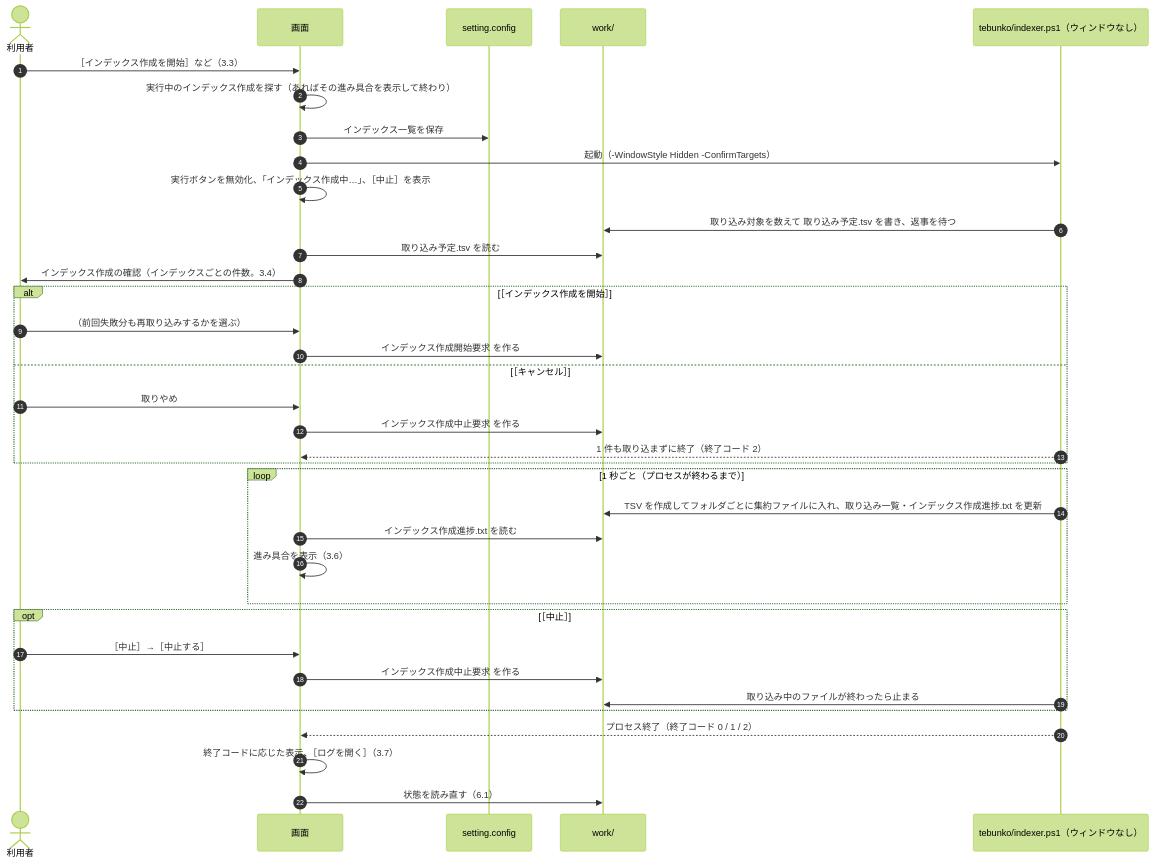
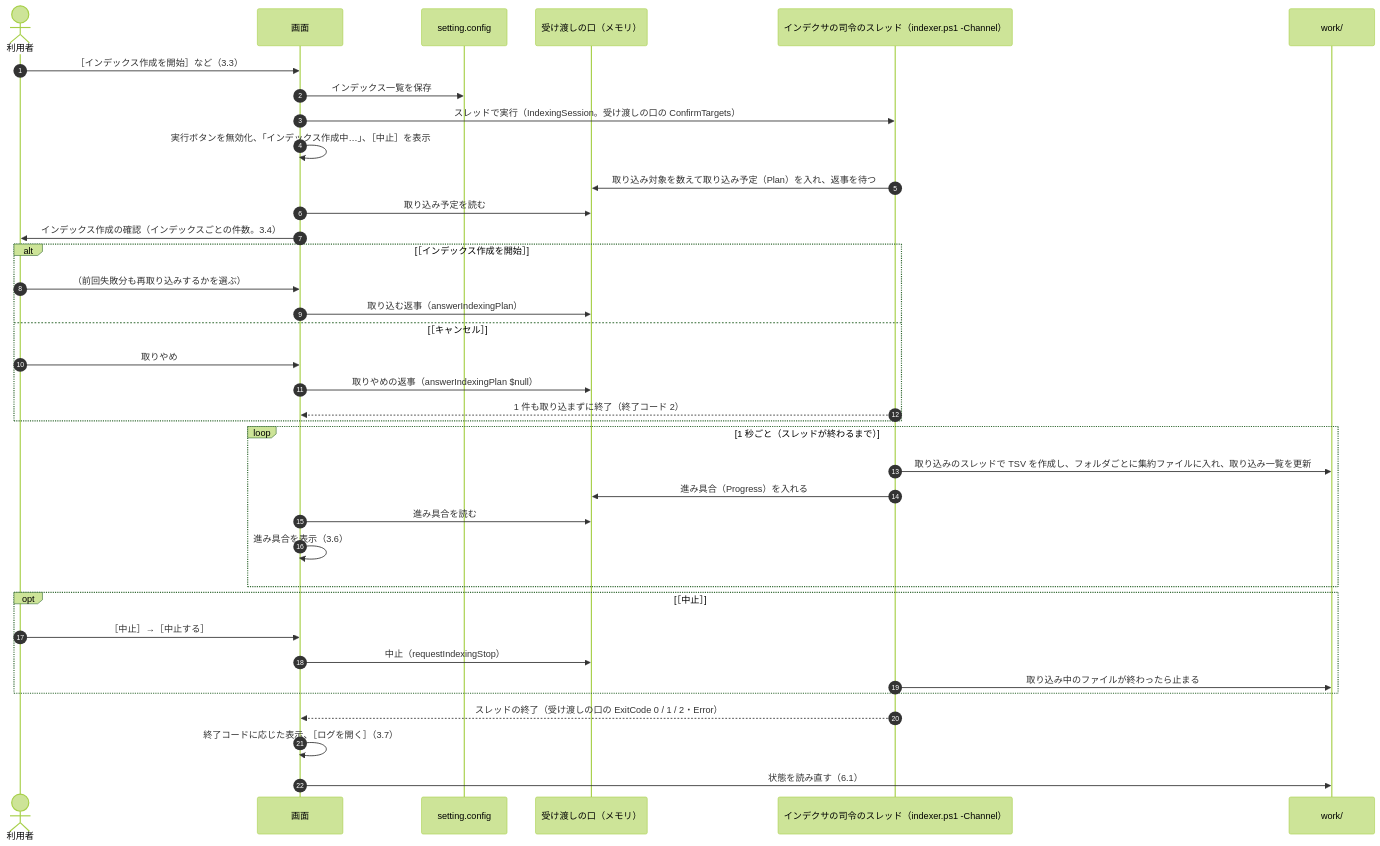
The third of 5 diagrams in docs/03_画面_4_状態と操作の流れ.md (hsgwa/tebunko), drawn with Mermaid (forest theme) before and after one commit. The commit also changed other lines of this file and 69 other files, not shown here.

````diff
--- a/docs/03_画面_4_状態と操作の流れ.md
+++ b/docs/03_画面_4_状態と操作の流れ.md
@@ -82,39 +88,41 @@
 ```mermaid
 sequenceDiagram
     autonumber
     actor U as 利用者
     participant G as 画面
     participant C as setting.config
+    participant K as 受け渡しの口（メモリ）
+    participant P as インデクサの司令のスレッド（indexer.ps1 -Channel）
     participant W as work/
-    participant P as tebunko/indexer.ps1（ウィンドウなし）
+
 
     U->>G: ［インデックス作成を開始］など（3.3）
-    G->>G: 実行中のインデックス作成を探す（あればその進み具合を表示して終わり）
     G->>C: インデックス一覧を保存
-    G->>P: 起動（-WindowStyle Hidden -ConfirmTargets）
+    G->>P: スレッドで実行（IndexingSession。受け渡しの口の ConfirmTargets）
     G->>G: 実行ボタンを無効化、「インデックス作成中…」、［中止］を表示
-    P->>W: 取り込み対象を数えて 取り込み予定.tsv を書き、返事を待つ
-    G->>W: 取り込み予定.tsv を読む
+    P->>K: 取り込み対象を数えて取り込み予定（Plan）を入れ、返事を待つ
+    G->>K: 取り込み予定を読む
     G->>U: インデックス作成の確認（インデックスごとの件数。3.4）
     alt ［インデックス作成を開始］
         U->>G: （前回失敗分も再取り込みするかを選ぶ）
-        G->>W: インデックス作成開始要求 を作る
+        G->>K: 取り込む返事（answerIndexingPlan）
     else ［キャンセル］
         U->>G: 取りやめ
-        G->>W: インデックス作成中止要求 を作る
+        G->>K: 取りやめの返事（answerIndexingPlan $null）
         P-->>G: 1 件も取り込まずに終了（終了コード 2）
     end
-    loop 1 秒ごと（プロセスが終わるまで）
-        P->>W: TSV を作成してフォルダごとに集約ファイルに入れ、取り込み一覧・インデックス作成進捗.txt を更新
-        G->>W: インデックス作成進捗.txt を読む
+    loop 1 秒ごと（スレッドが終わるまで）
+        P->>W: 取り込みのスレッドで TSV を作成し、フォルダごとに集約ファイルに入れ、取り込み一覧を更新
+        P->>K: 進み具合（Progress）を入れる
+        G->>K: 進み具合を読む
         G->>G: 進み具合を表示（3.6）
     end
     opt ［中止］
         U->>G: ［中止］→［中止する］
-        G->>W: インデックス作成中止要求 を作る
+        G->>K: 中止（requestIndexingStop）
         P->>W: 取り込み中のファイルが終わったら止まる
     end
-    P-->>G: プロセス終了（終了コード 0 / 1 / 2）
+    P-->>G: スレッドの終了（受け渡しの口の ExitCode 0 / 1 / 2・Error）
     G->>G: 終了コードに応じた表示、［ログを開く］（3.7）
     G->>W: 状態を読み直す（6.1）
 ```
````
